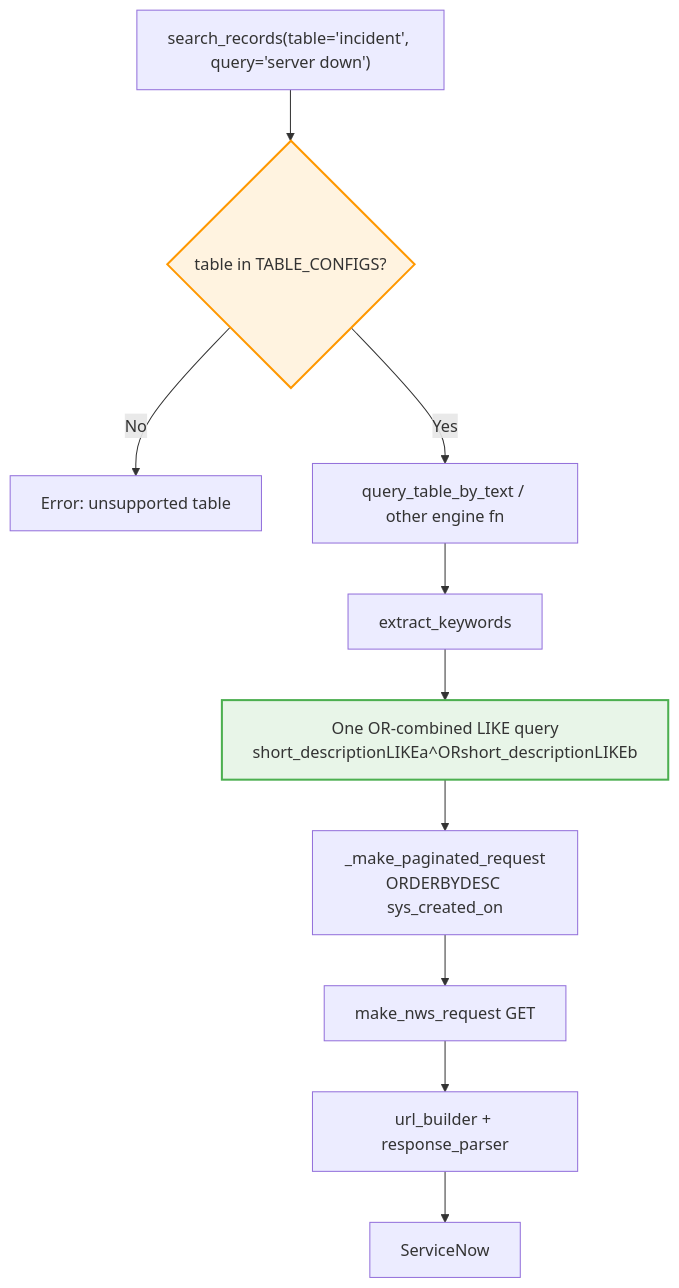
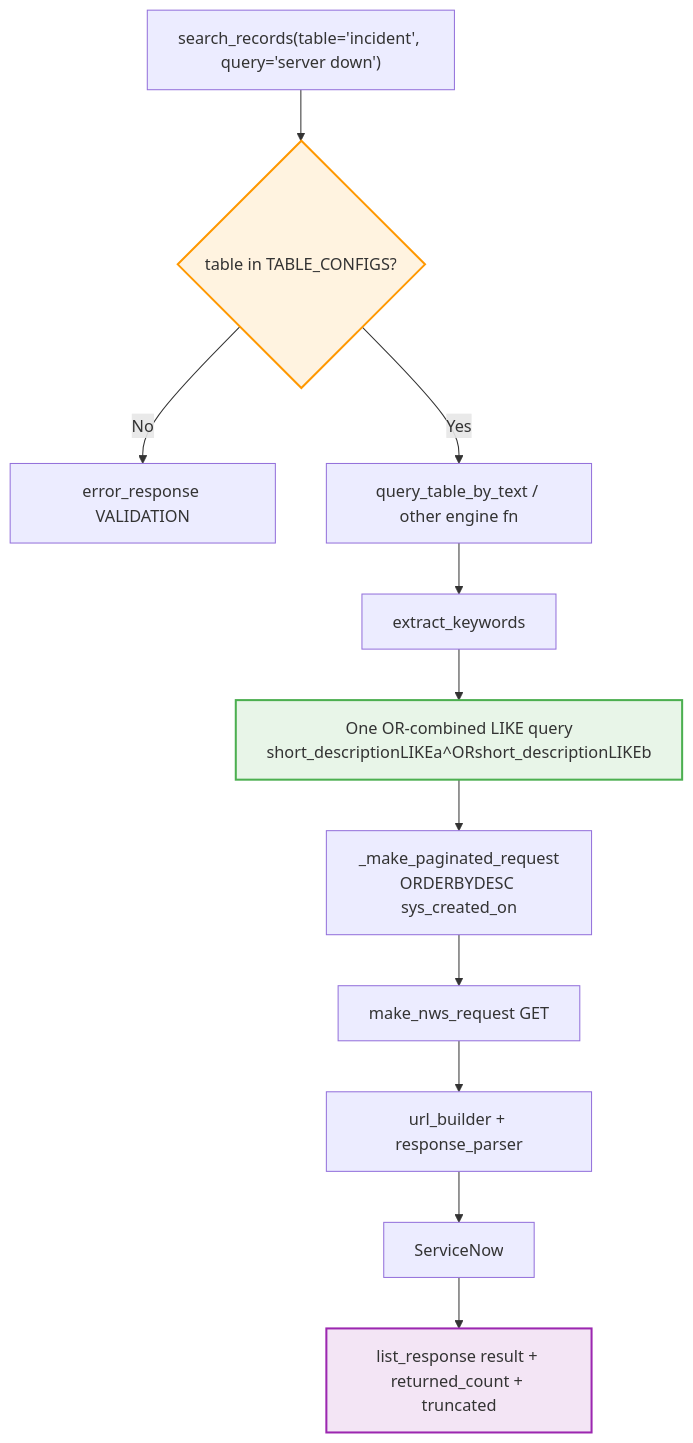
The third of 3 diagrams in Diagrams & Documentation/03-tool-organization.md (Papamzor/personal-mcp-servicenow), drawn with Mermaid before and after one commit. The commit also changed other lines of this file, not shown here.

````diff
--- a/Diagrams & Documentation/03-tool-organization.md
+++ b/Diagrams & Documentation/03-tool-organization.md
@@ -87,17 +93,19 @@
 ```mermaid
 graph TB
     CALL["search_records(table='incident', query='server down')"]
     CALL --> VAL{table in TABLE_CONFIGS?}
-    VAL -->|No| ERR[Error: unsupported table]
+    VAL -->|No| ERR["error_response VALIDATION"]
     VAL -->|Yes| DELEGATE[query_table_by_text / other engine fn]
 
     DELEGATE --> KW[extract_keywords]
     KW --> ORQ["One OR-combined LIKE query<br/>short_descriptionLIKEa^ORshort_descriptionLIKEb"]
     ORQ --> PAG[_make_paginated_request<br/>ORDERBYDESC sys_created_on]
     PAG --> REQ[make_nws_request GET]
     REQ --> URL[url_builder + response_parser]
     URL --> SN[ServiceNow]
+    SN --> OUT["list_response result + returned_count + truncated"]
 
     style VAL fill:#fff3e0,stroke:#ff9800,stroke-width:2px
     style ORQ fill:#e8f5e8,stroke:#4caf50,stroke-width:2px
+    style OUT fill:#f3e5f5,stroke:#9c27b0,stroke-width:2px
 ```
````
